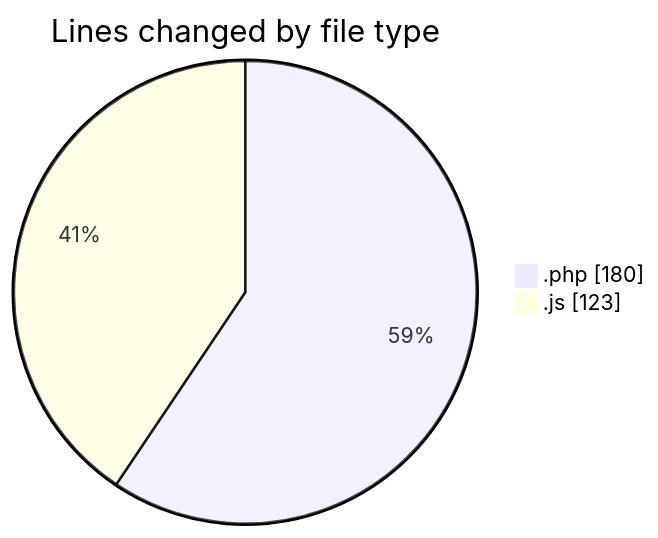
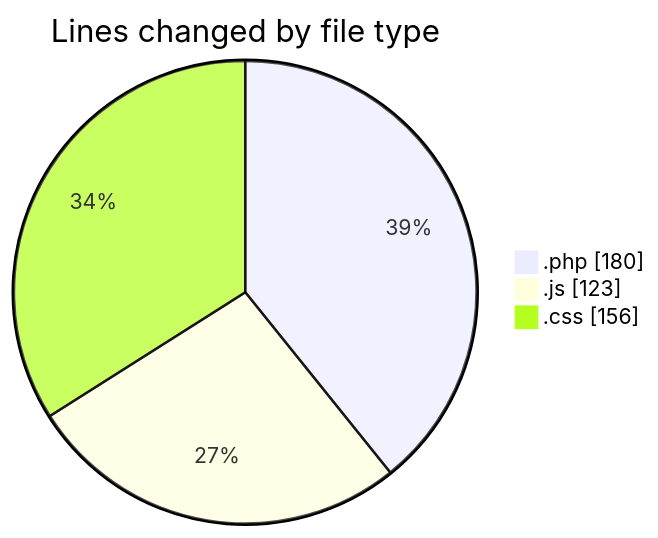
The first of 2 diagrams in 2025-10-28/untitled__workspace_/README.md (debugP/code-tracking), drawn with Mermaid before and after one commit. The commit also changed other lines of this file and 1 other file, not shown here.

````diff
--- a/2025-10-28/untitled__workspace_/README.md
+++ b/2025-10-28/untitled__workspace_/README.md
@@ -21,6 +22,7 @@
 ```mermaid
 pie showData
 title Lines changed by file type
 ".php" : 180
 ".js" : 123
+".css" : 156
 ```
````
